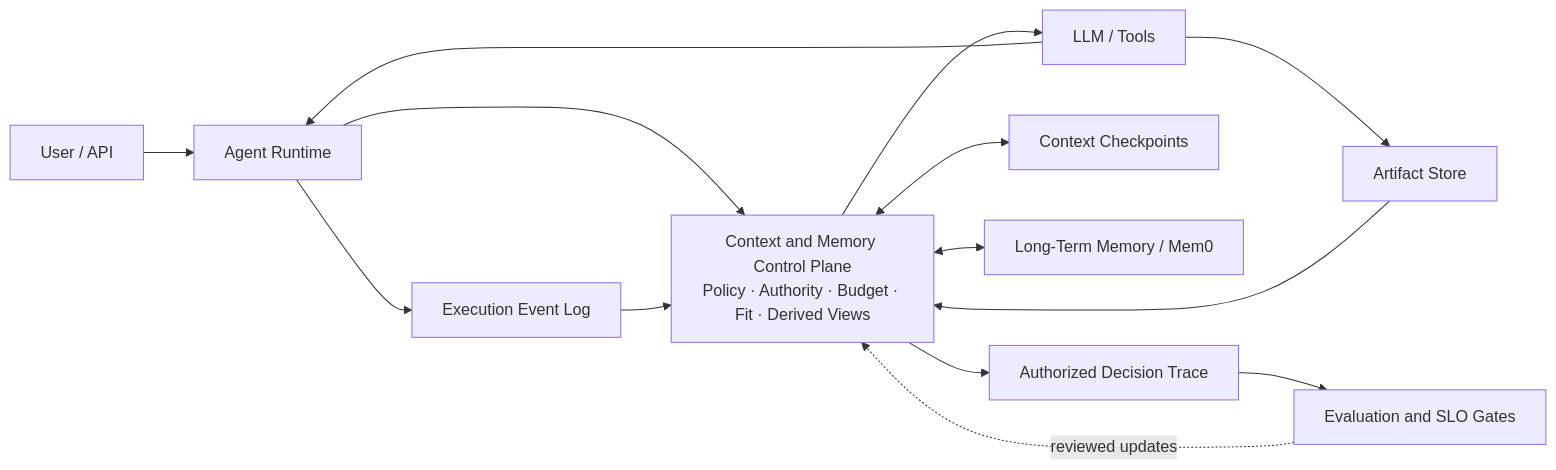
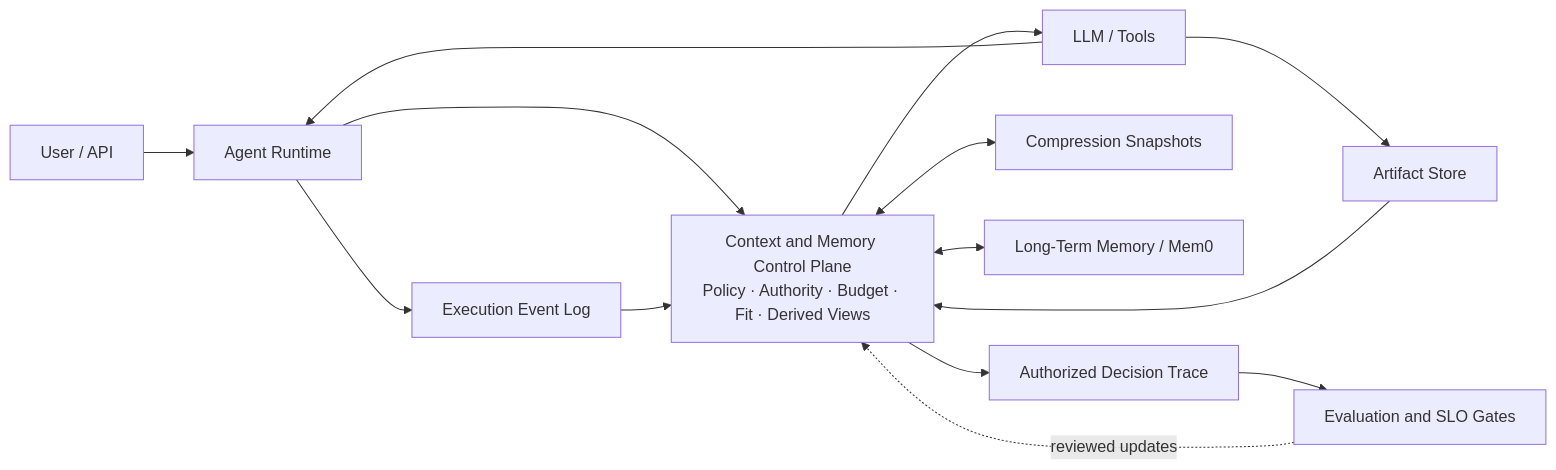
One commit to ModelEngine-Group/nexent changed the fourth of 6 diagrams in doc/working/context-management-workstreams/context-management-production-plan.md. Above: the diagram before and after it, drawn with Mermaid. The commit also changed other lines of this file, not shown here.

````diff
--- a/doc/working/context-management-workstreams/context-management-production-plan.md
+++ b/doc/working/context-management-workstreams/context-management-production-plan.md
@@ -351,19 +351,19 @@
 ```mermaid
 flowchart LR
     U["User / API"] --> R["Agent Runtime"]
     R --> CP["Context and Memory Control Plane<br/>Policy · Authority · Budget · Fit · Derived Views"]
     CP --> X["LLM / Tools"]
     X --> R
 
     R --> LOG["Execution Event Log"]
     LOG --> CP
 
-    CP <--> CK["Context Checkpoints"]
+    CP <--> CS["Compression Snapshots"]
     CP <--> MEM["Long-Term Memory / Mem0"]
     X --> ART["Artifact Store"]
     ART --> CP
 
     CP --> TRACE["Authorized Decision Trace"]
     TRACE --> SLO["Evaluation and SLO Gates"]
     SLO -. "reviewed updates" .-> CP
 ```
````
